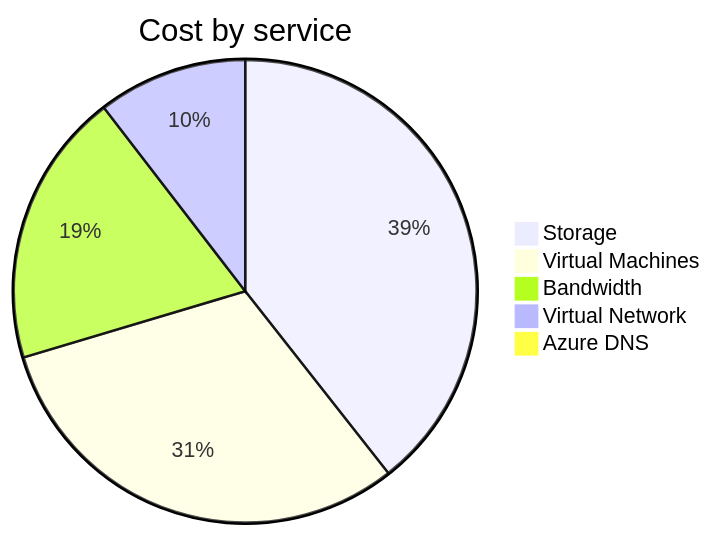
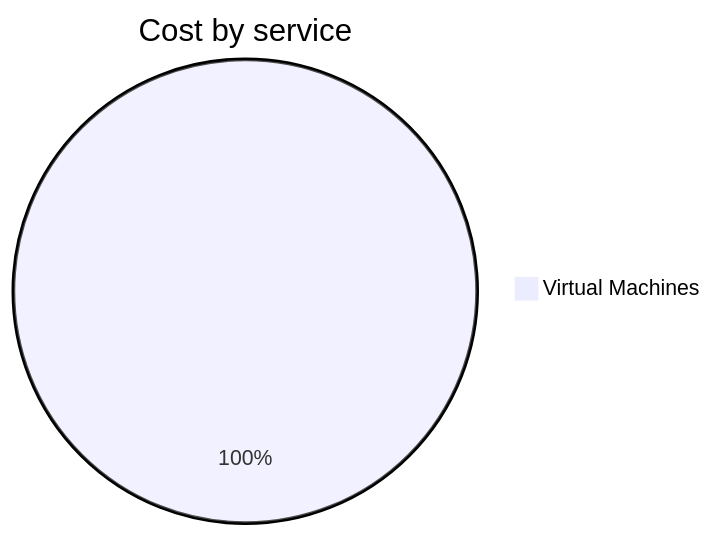
One commit to jpfulton/azure-personal-reports changed the second of 4 diagrams in cost-reports/personal-network/README.md. Above: the diagram before and after it, drawn with Mermaid. The commit also changed other lines of this file and 8 other files, not shown here.

````diff
--- a/cost-reports/personal-network/README.md
+++ b/cost-reports/personal-network/README.md
@@ -95,9 +95,5 @@
 ```mermaid
 pie
    title Cost by service
-   "Storage" : 25.19
-   "Virtual Machines" : 19.82
-   "Bandwidth" : 12.26
-   "Virtual Network" : 6.68
-   "Azure DNS" : 0.45
+   "Virtual Machines" : 0.12
 ```
````
